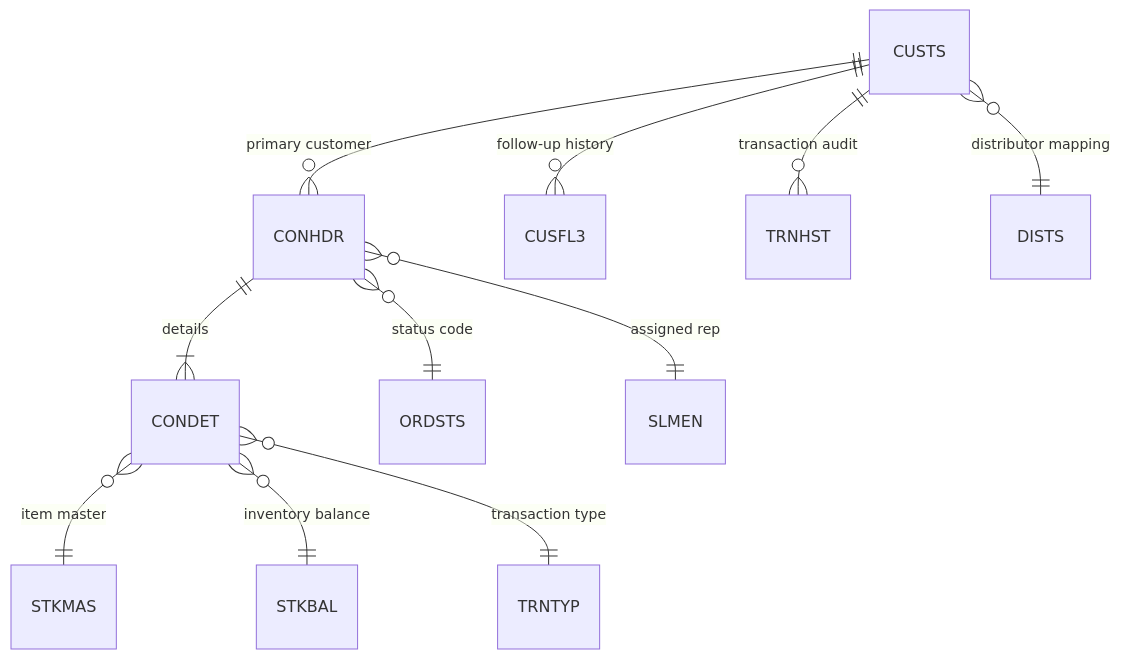
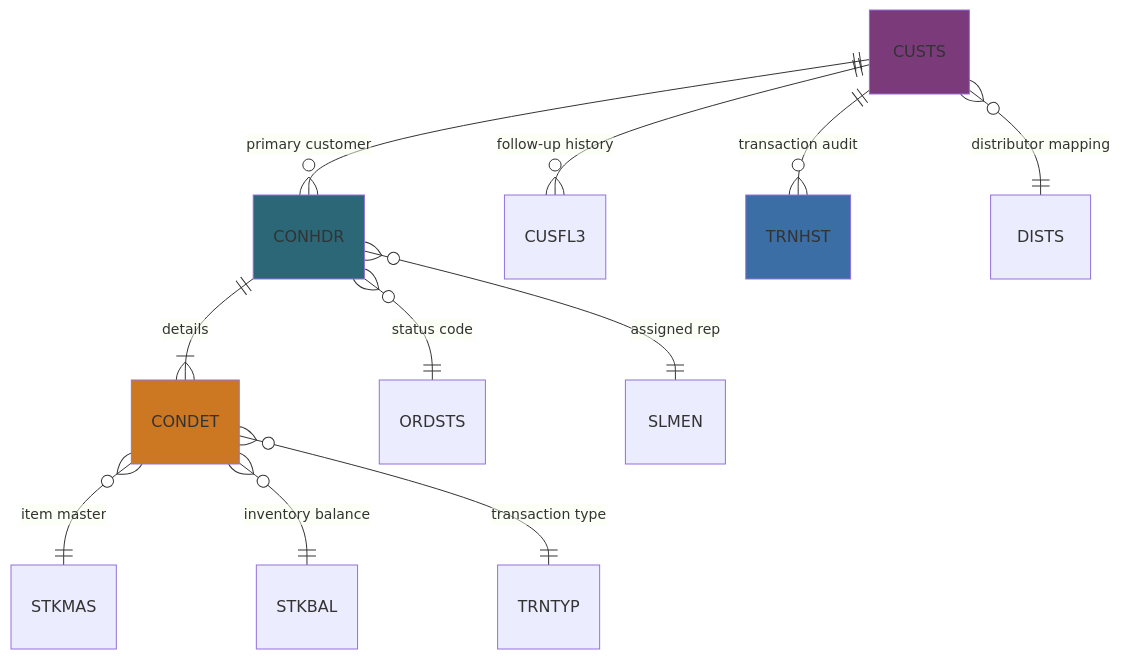
One commit to asynkron/CobolDemo-GITST changed the diagram in docs/02_data_model.md. Above: the diagram before and after it, drawn with Mermaid. The commit also changed 7 other files, not shown here.

Commit message:
Add accent fills to documentation mermaid diagrams

````diff
--- a/docs/02_data_model.md
+++ b/docs/02_data_model.md
@@ -4,13 +4,18 @@
 ```mermaid
 erDiagram
   CUSTS ||--o{ CONHDR : "primary customer"
   CONHDR ||--|{ CONDET : "details"
   CUSTS ||--o{ CUSFL3 : "follow-up history"
   CUSTS ||--o{ TRNHST : "transaction audit"
   CONHDR }o--|| ORDSTS : "status code"
   CONHDR }o--|| SLMEN : "assigned rep"
   CONDET }o--|| STKMAS : "item master"
   CONDET }o--|| STKBAL : "inventory balance"
   CONDET }o--|| TRNTYP : "transaction type"
   CUSTS }o--|| DISTS : "distributor mapping"
+  %% Emphasize the primary contract entities with soft-fill accents.
+  style CUSTS fill:#7B3B7B
+  style CONHDR fill:#2B6777
+  style CONDET fill:#CC7722
+  style TRNHST fill:#3A6EA5
 ```
````
